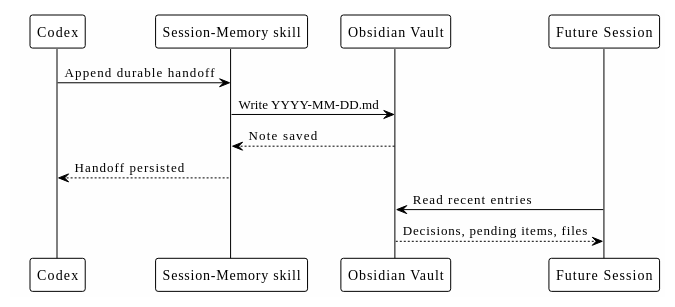
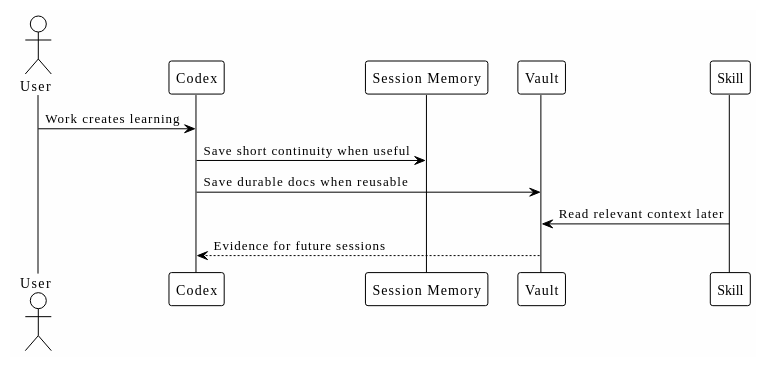
The diagram in docs/11-vault-and-memory.md (ivanhoinacki/codex-workflow-workbook), drawn with PlantUML before and after one commit. The commit also changed other lines of this file and 39 other files, not shown here.

````diff
--- a/docs/11-vault-and-memory.md
+++ b/docs/11-vault-and-memory.md
@@ -81,18 +42,18 @@
 ```plantuml
 @startuml
 !theme plain
 skinparam backgroundColor #FEFEFE
 
+actor User
 participant Codex
-participant "Session-Memory skill" as Skill
-participant "Obsidian Vault" as Vault
-participant "Future Session" as Future
+participant "Session Memory" as Session
+participant Vault
+participant Skill
 
-Codex -> Skill: Append durable handoff
-Skill -> Vault: Write YYYY-MM-DD.md
-Vault --> Skill: Note saved
-Skill --> Codex: Handoff persisted
-Future -> Vault: Read recent entries
-Vault --> Future: Decisions, pending items, files
+User -> Codex: Work creates learning
+Codex -> Session: Save short continuity when useful
+Codex -> Vault: Save durable docs when reusable
+Skill -> Vault: Read relevant context later
+Vault --> Codex: Evidence for future sessions
 @enduml
 ```
````
